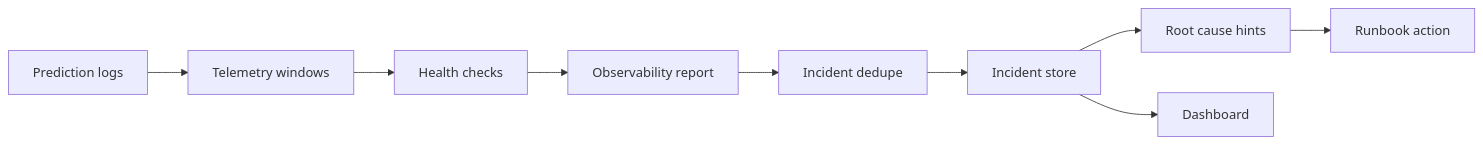
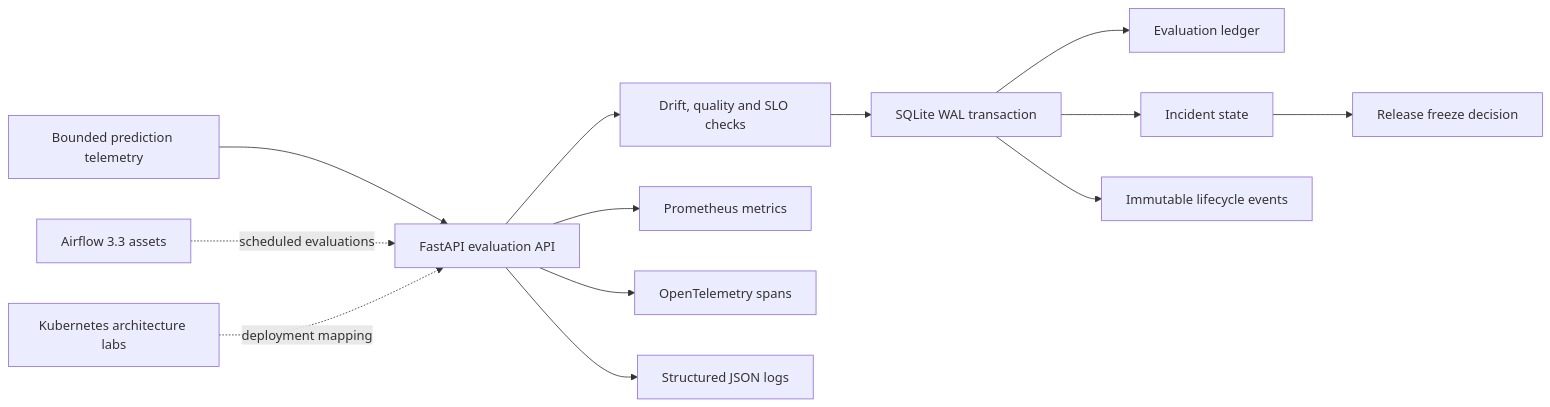
The diagram in README.md (kevinmeix1/model-observability-incident-platform), drawn with Mermaid before and after one commit. The commit also changed other lines of this file and 26 other files, not shown here.

````diff
--- a/README.md
+++ b/README.md
@@ -28,11 +33,15 @@
 ```mermaid
 flowchart LR
-    A["Prediction logs"] --> B["Telemetry windows"]
-    B --> C["Health checks"]
-    C --> D["Observability report"]
-    D --> E["Incident dedupe"]
-    E --> F["Incident store"]
-    F --> G["Root cause hints"]
-    F --> H["Dashboard"]
-    G --> I["Runbook action"]
+    LOGS["Bounded prediction telemetry"] --> API["FastAPI evaluation API"]
+    API --> CHECKS["Drift, quality and SLO checks"]
+    CHECKS --> TX["SQLite WAL transaction"]
+    TX --> EVAL["Evaluation ledger"]
+    TX --> INCIDENTS["Incident state"]
+    TX --> EVENTS["Immutable lifecycle events"]
+    INCIDENTS --> DECISION["Release freeze decision"]
+    API --> METRICS["Prometheus metrics"]
+    API --> TRACES["OpenTelemetry spans"]
+    API --> LOGGING["Structured JSON logs"]
+    AIRFLOW["Airflow 3.3 assets"] -. "scheduled evaluations" .-> API
+    K8S["Kubernetes architecture labs"] -. "deployment mapping" .-> API
 ```
````
